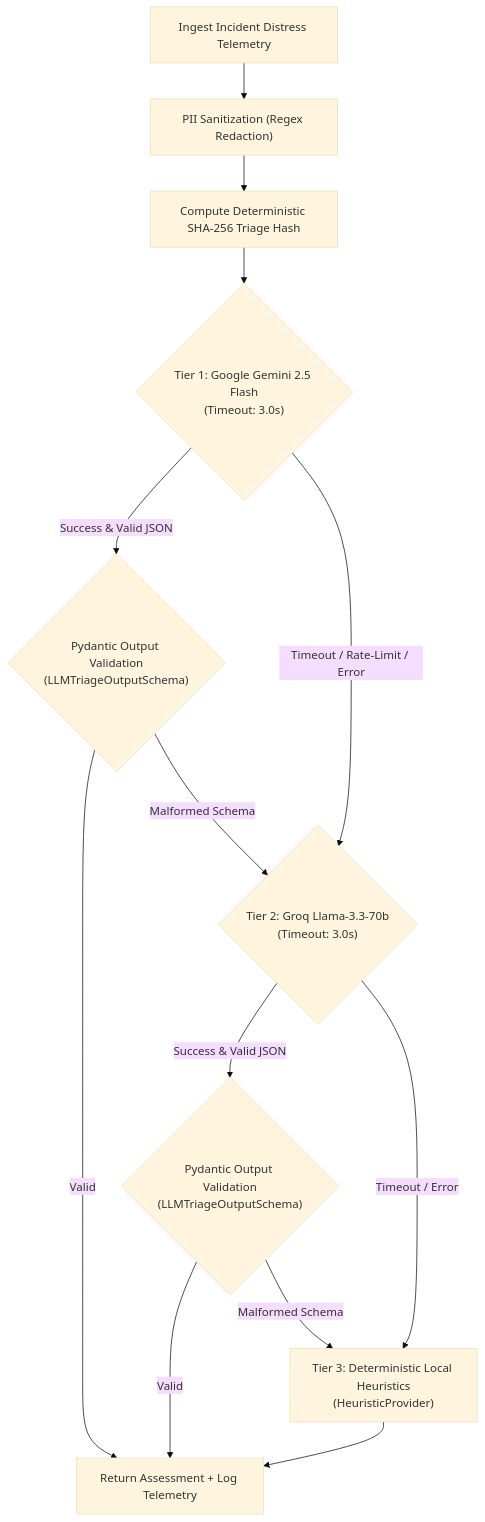
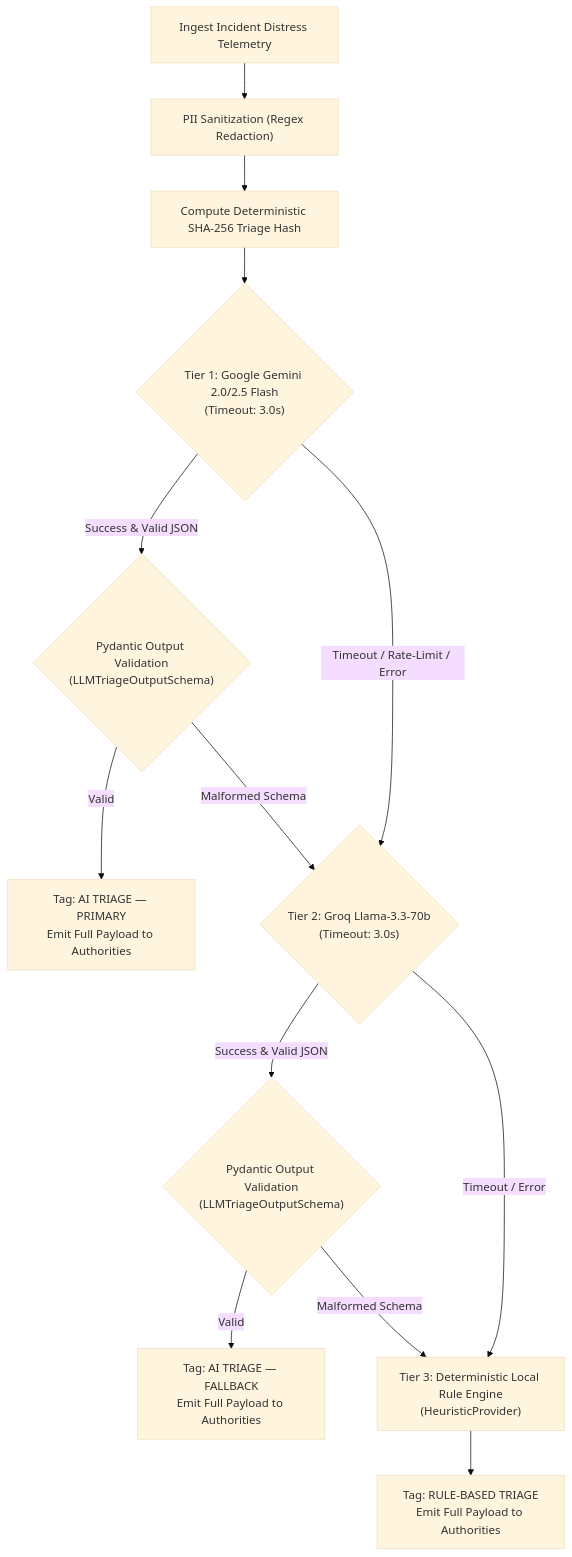
One commit to pritesh-4/SIH-2026---SALVUS changed the diagram in docs/AI_ARCHITECTURE.md. Above: the diagram before and after it, drawn with Mermaid (base theme). The commit also changed other lines of this file and 83 other files, not shown here.

````diff
--- a/docs/AI_ARCHITECTURE.md
+++ b/docs/AI_ARCHITECTURE.md
@@ -34,20 +40,20 @@
 ```mermaid
 flowchart TD
     Start["Ingest Incident Distress Telemetry"] --> Sanitize["PII Sanitization (Regex Redaction)"]
     Sanitize --> Hash["Compute Deterministic SHA-256 Triage Hash"]
-    Hash --> Tier1{"Tier 1: Google Gemini 2.5 Flash\n(Timeout: 3.0s)"}
+    Hash --> Tier1{"Tier 1: Google Gemini 2.0/2.5 Flash\n(Timeout: 3.0s)"}
 
     Tier1 -->|Success & Valid JSON| Validate1{"Pydantic Output Validation\n(LLMTriageOutputSchema)"}
-    Validate1 -->|Valid| EmitResult["Return Assessment + Log Telemetry"]
+    Validate1 -->|Valid| Provenance1["Tag: AI TRIAGE — PRIMARY\nEmit Full Payload to Authorities"]
 
     Tier1 -->|Timeout / Rate-Limit / Error| Tier2{"Tier 2: Groq Llama-3.3-70b\n(Timeout: 3.0s)"}
     Validate1 -->|Malformed Schema| Tier2
 
     Tier2 -->|Success & Valid JSON| Validate2{"Pydantic Output Validation\n(LLMTriageOutputSchema)"}
-    Validate2 -->|Valid| EmitResult
+    Validate2 -->|Valid| Provenance2["Tag: AI TRIAGE — FALLBACK\nEmit Full Payload to Authorities"]
 
-    Tier2 -->|Timeout / Error| Tier3["Tier 3: Deterministic Local Heuristics\n(HeuristicProvider)"]
+    Tier2 -->|Timeout / Error| Tier3["Tier 3: Deterministic Local Rule Engine\n(HeuristicProvider)"]
     Validate2 -->|Malformed Schema| Tier3
 
-    Tier3 --> EmitResult
+    Tier3 --> Provenance3["Tag: RULE-BASED TRIAGE\nEmit Full Payload to Authorities"]
 ```
````
